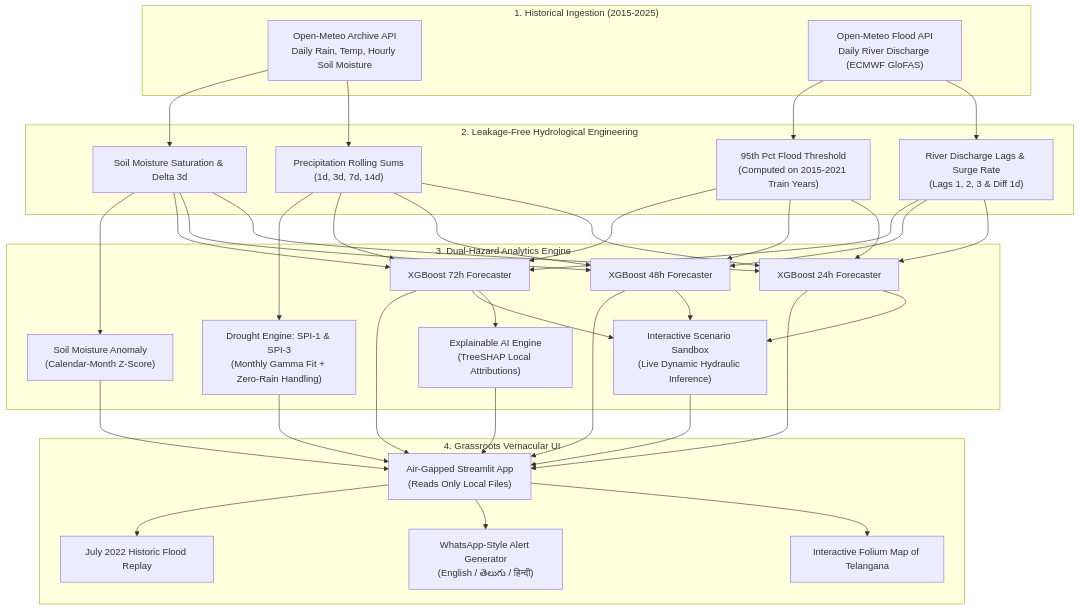
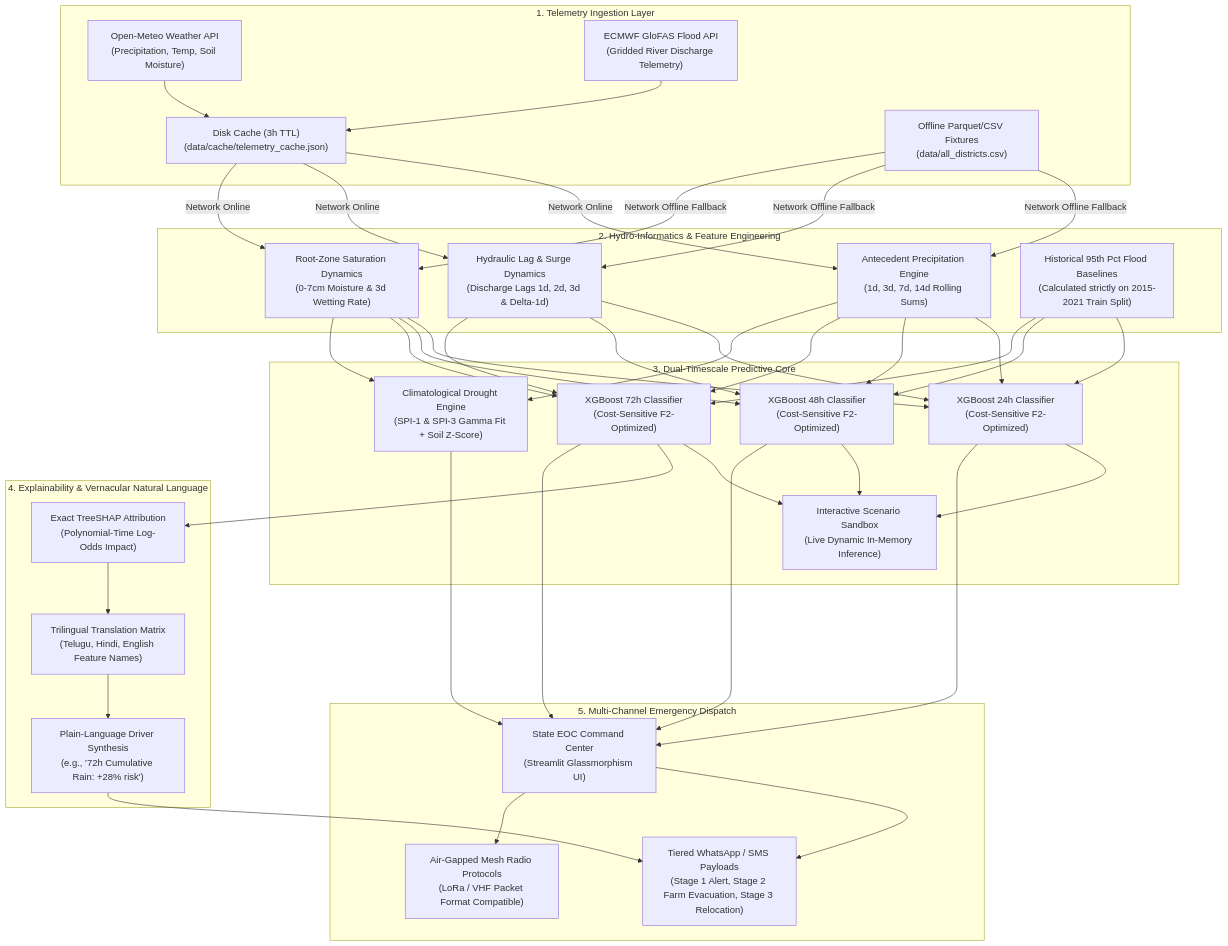
The diagram in README.md (nikhilkunte645-maker/jaldrishti-flood-drought-warning), drawn with Mermaid before and after one commit. The commit also changed other lines of this file and 5 other files, not shown here.

Commit message:
docs: add architecture mermaid diagrams, business model, and judge defense kit

````diff
--- a/README.md
+++ b/README.md
@@ -58,52 +70,75 @@
 ```mermaid
 flowchart TD
-    subgraph DataIngestion["1. Historical Ingestion (2015-2025)"]
-        OM_Arch["Open-Meteo Archive API<br/>Daily Rain, Temp, Hourly Soil Moisture"]
-        OM_Flood["Open-Meteo Flood API<br/>Daily River Discharge (ECMWF GloFAS)"]
+    subgraph INGESTION["1. Telemetry Ingestion Layer"]
+        A1["Open-Meteo Weather API<br/>(Precipitation, Temp, Soil Moisture)"]
+        A2["ECMWF GloFAS Flood API<br/>(Gridded River Discharge Telemetry)"]
+        A3["Disk Cache (3h TTL)<br/>(data/cache/telemetry_cache.json)"]
+        A4["Offline Parquet/CSV Fixtures<br/>(data/all_districts.csv)"]
     end
 
-    subgraph FeatureEngineering["2. Leakage-Free Hydrological Engineering"]
-        PrecipRoll["Precipitation Rolling Sums<br/>(1d, 3d, 7d, 14d)"]
-        DischargeLags["River Discharge Lags & Surge Rate<br/>(Lags 1, 2, 3 & Diff 1d)"]
-        SoilDynamics["Soil Moisture Saturation & Delta 3d"]
-        ThreshCalc["95th Pct Flood Threshold<br/>(Computed on 2015-2021 Train Years)"]
+    subgraph PREPROC["2. Hydro-Informatics & Feature Engineering"]
+        B1["Antecedent Precipitation Engine<br/>(1d, 3d, 7d, 14d Rolling Sums)"]
+        B2["Hydraulic Lag & Surge Dynamics<br/>(Discharge Lags 1d, 2d, 3d & Delta-1d)"]
+        B3["Root-Zone Saturation Dynamics<br/>(0-7cm Moisture & 3d Wetting Rate)"]
+        B4["Historical 95th Pct Flood Baselines<br/>(Calculated strictly on 2015-2021 Train Split)"]
     end
 
-    subgraph ModelingEngine["3. Dual-Hazard Analytics Engine"]
-        XGB_24["XGBoost 24h Forecaster"]
-        XGB_48["XGBoost 48h Forecaster"]
-        XGB_72["XGBoost 72h Forecaster"]
-        SPI_Engine["Drought Engine: SPI-1 & SPI-3<br/>(Monthly Gamma Fit + Zero-Rain Handling)"]
-        SM_Anomaly["Soil Moisture Anomaly<br/>(Calendar-Month Z-Score)"]
-        SHAP_Engine["Explainable AI Engine<br/>(TreeSHAP Local Attributions)"]
-        SandboxEngine["Interactive Scenario Sandbox<br/>(Live Dynamic Hydraulic Inference)"]
+    subgraph MODELS["3. Dual-Timescale Predictive Core"]
+        C1["XGBoost 24h Classifier<br/>(Cost-Sensitive F2-Optimized)"]
+        C2["XGBoost 48h Classifier<br/>(Cost-Sensitive F2-Optimized)"]
+        C3["XGBoost 72h Classifier<br/>(Cost-Sensitive F2-Optimized)"]
+        C4["Climatological Drought Engine<br/>(SPI-1 & SPI-3 Gamma Fit + Soil Z-Score)"]
+        C5["Interactive Scenario Sandbox<br/>(Live Dynamic In-Memory Inference)"]
     end
 
-    subgraph Presentation["4. Grassroots Vernacular UI"]
-        StreamlitUI["Air-Gapped Streamlit App<br/>(Reads Only Local Files)"]
-        FoliumMap["Interactive Folium Map of Telangana"]
-        WhatsAppBubble["WhatsApp-Style Alert Generator<br/>(English / తెలుగు / हिन्दी)"]
-        BacktestReplay["July 2022 Historic Flood Replay"]
+    subgraph XAI["4. Explainability & Vernacular Natural Language"]
+        D1["Exact TreeSHAP Attribution<br/>(Polynomial-Time Log-Odds Impact)"]
+        D2["Trilingual Translation Matrix<br/>(Telugu, Hindi, English Feature Names)"]
+        D3["Plain-Language Driver Synthesis<br/>(e.g., '72h Cumulative Rain: +28% risk')"]
     end
 
-    OM_Arch --> PrecipRoll
-    OM_Arch --> SoilDynamics
-    OM_Flood --> DischargeLags
-    OM_Flood --> ThreshCalc
+    subgraph DISPATCH["5. Multi-Channel Emergency Dispatch"]
+        E1["State EOC Command Center<br/>(Streamlit Glassmorphism UI)"]
+        E2["Tiered WhatsApp / SMS Payloads<br/>(Stage 1 Alert, Stage 2 Farm Evacuation, Stage 3 Relocation)"]
+        E3["Air-Gapped Mesh Radio Protocols<br/>(LoRa / VHF Packet Format Compatible)"]
+    end
 
-    PrecipRoll --> XGB_24 & XGB_48 & XGB_72
-    DischargeLags --> XGB_24 & XGB_48 & XGB_72
-    SoilDynamics --> XGB_24 & XGB_48 & XGB_72
-    ThreshCalc --> XGB_24 & XGB_48 & XGB_72
+    A1 --> A3
+    A2 --> A3
+    A3 -->|Network Online| B1
+    A3 -->|Network Online| B2
+    A3 -->|Network Online| B3
+    A4 -->|Network Offline Fallback| B1
+    A4 -->|Network Offline Fallback| B2
+    A4 -->|Network Offline Fallback| B3
+    B4 --> C1
+    B4 --> C2
+    B4 --> C3
 
-    PrecipRoll --> SPI_Engine
-    SoilDynamics --> SM_Anomaly
-    XGB_72 --> SHAP_Engine
-    XGB_24 & XGB_48 & XGB_72 --> SandboxEngine
+    B1 --> C1
+    B2 --> C1
+    B3 --> C1
+    B1 --> C2
+    B2 --> C2
+    B3 --> C2
+    B1 --> C3
+    B2 --> C3
+    B3 --> C3
+    B1 --> C4
+    B3 --> C4
+    C1 --> C5
+    C2 --> C5
+    C3 --> C5
 
-    XGB_24 & XGB_48 & XGB_72 --> StreamlitUI
-    SPI_Engine & SM_Anomaly --> StreamlitUI
-    SHAP_Engine --> StreamlitUI
-    SandboxEngine --> StreamlitUI
-    StreamlitUI --> FoliumMap & WhatsAppBubble & BacktestReplay
+    C3 --> D1
+    D1 --> D2
+    D2 --> D3
+
+    C1 --> E1
+    C2 --> E1
+    C3 --> E1
+    C4 --> E1
+    D3 --> E2
+    E1 --> E2
+    E1 --> E3
 ```
````
